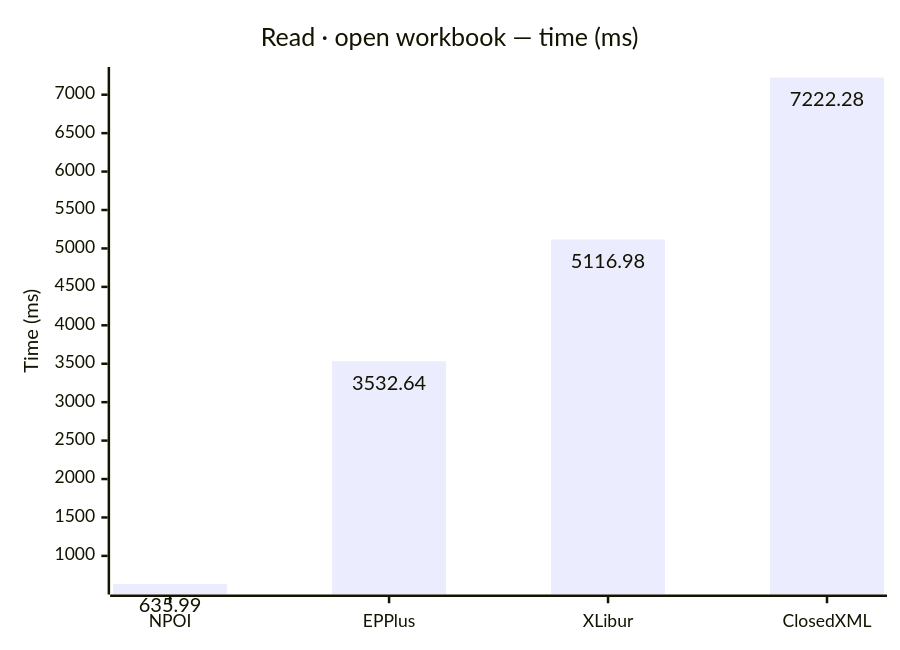
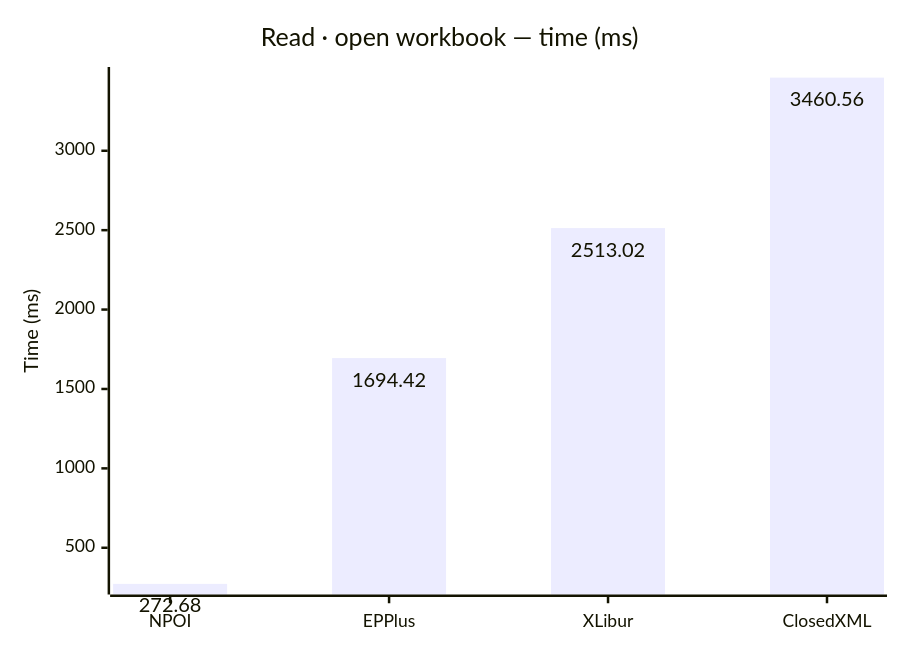
The first of 6 diagrams in docs/results.md (jafin/XLBench), drawn with Mermaid before and after one commit. The commit also changed other lines of this file and 5 other files, not shown here.

````diff
--- a/docs/results.md
+++ b/docs/results.md
@@ -34,12 +34,12 @@
 ```mermaid
 ---
 config:
   xyChart:
     showDataLabel: true
 ---
 xychart-beta
     title "Read · open workbook — time (ms)"
     x-axis ["NPOI", "EPPlus", "XLibur", "ClosedXML"]
     y-axis "Time (ms)"
-    bar [635.99, 3532.64, 5116.98, 7222.28]
+    bar [272.68, 1694.42, 2513.02, 3460.56]
 ```
````
